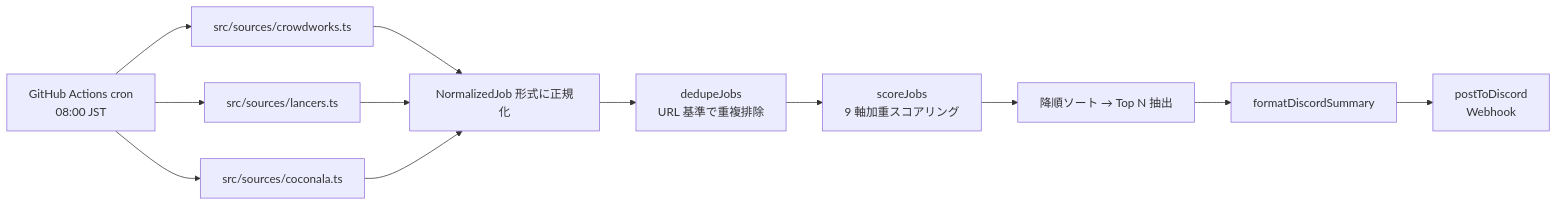
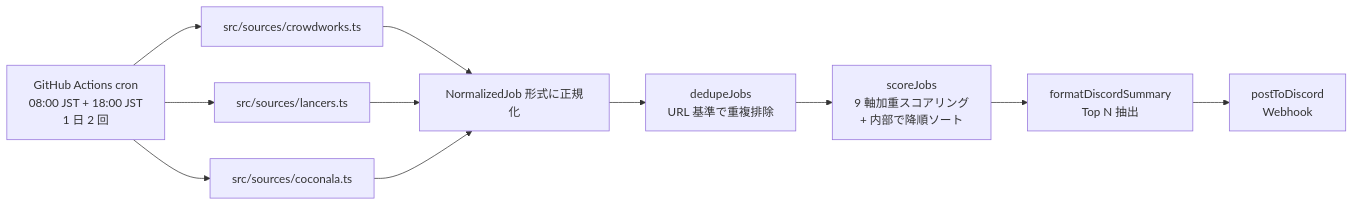
One commit to tanasato118/job-digest-bot changed the first of 2 diagrams in README.md. Above: the diagram before and after it, drawn with Mermaid. The commit also changed other lines of this file, not shown here.

First line of the commit message:
docs(readme): fix accuracy on dedupe key, cron schedule, and Top-N pipeline position

````diff
--- a/README.md
+++ b/README.md
@@ -51,14 +51,13 @@
 ```mermaid
 flowchart LR
-    A[GitHub Actions cron<br/>08:00 JST] --> B[src/sources/crowdworks.ts]
+    A[GitHub Actions cron<br/>08:00 JST + 18:00 JST<br/>1 日 2 回] --> B[src/sources/crowdworks.ts]
     A --> C[src/sources/lancers.ts]
     A --> D[src/sources/coconala.ts]
     B --> E[NormalizedJob 形式に正規化]
     C --> E
     D --> E
     E --> F[dedupeJobs<br/>URL 基準で重複排除]
-    F --> G[scoreJobs<br/>9 軸加重スコアリング]
-    G --> H[降順ソート → Top N 抽出]
-    H --> I[formatDiscordSummary]
-    I --> J[postToDiscord<br/>Webhook]
+    F --> G[scoreJobs<br/>9 軸加重スコアリング<br/>+ 内部で降順ソート]
+    G --> H[formatDiscordSummary<br/>Top N 抽出]
+    H --> I[postToDiscord<br/>Webhook]
 ```
````
